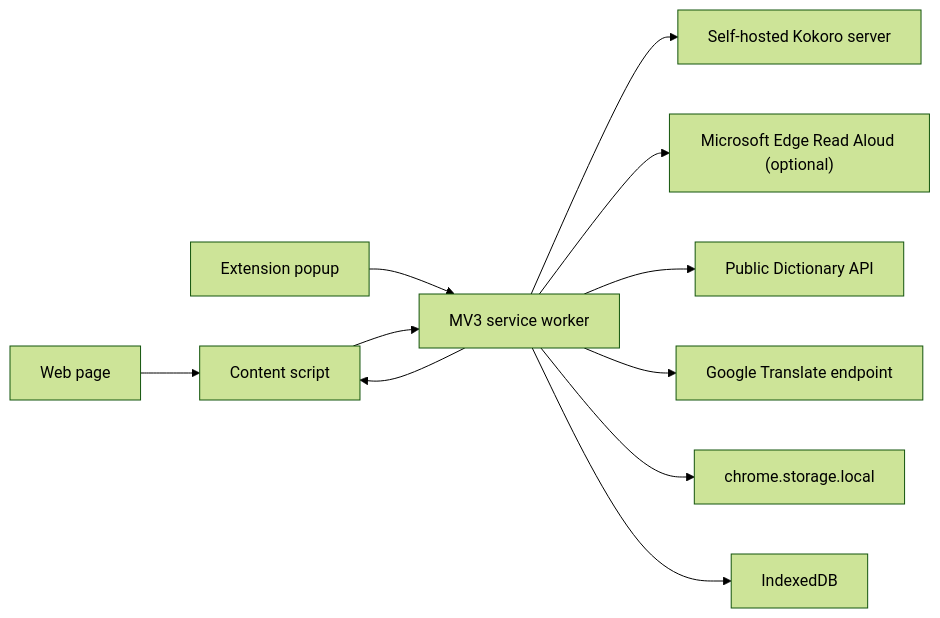
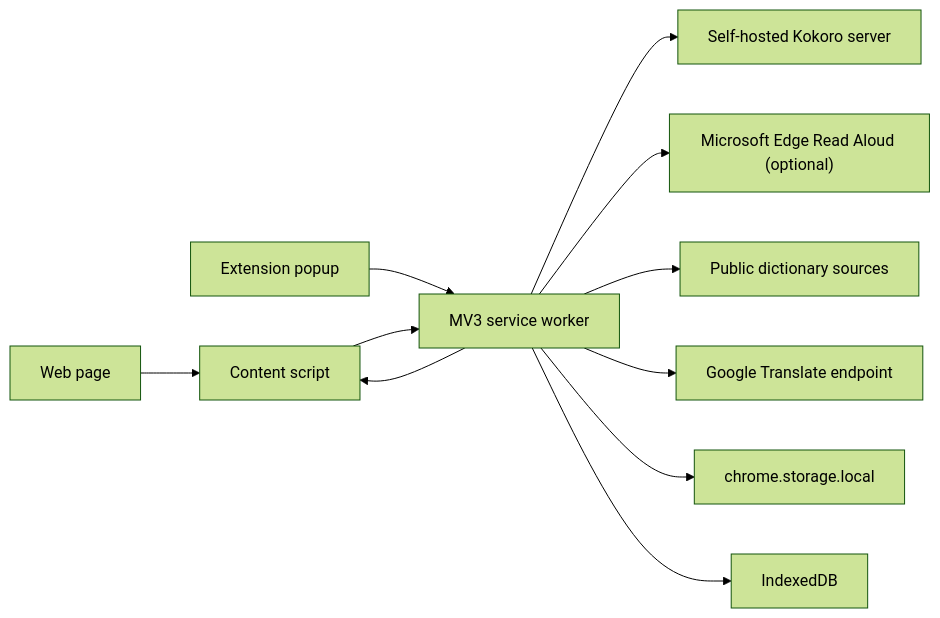
One commit to zhenguo1492/echo-read-edge changed the first of 3 diagrams in docs/ARCHITECTURE.md. Above: the diagram before and after it, drawn with Mermaid (forest theme). The commit also changed other lines of this file, not shown here.

First line of the commit message:
docs: correct the dictionary section of the architecture doc

````diff
--- a/docs/ARCHITECTURE.md
+++ b/docs/ARCHITECTURE.md
@@ -16,13 +16,13 @@
 ```mermaid
 flowchart LR
     Page["Web page"] --> Content["Content script"]
     Popup["Extension popup"] --> Background["MV3 service worker"]
     Content --> Background
     Background --> Kokoro["Self-hosted Kokoro server"]
     Background --> Edge["Microsoft Edge Read Aloud (optional)"]
-    Background --> Dictionary["Public Dictionary API"]
+    Background --> Dictionary["Public dictionary sources"]
     Background --> Translation["Google Translate endpoint"]
     Background --> Settings["chrome.storage.local"]
     Background --> Database["IndexedDB"]
     Background --> Content
 ```
````
